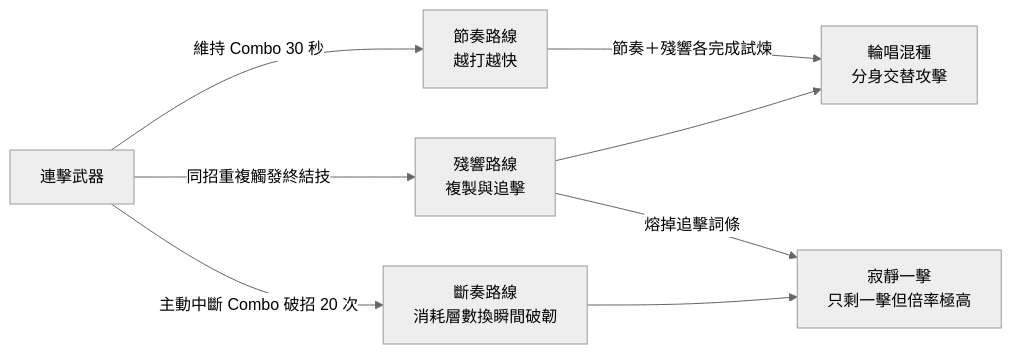
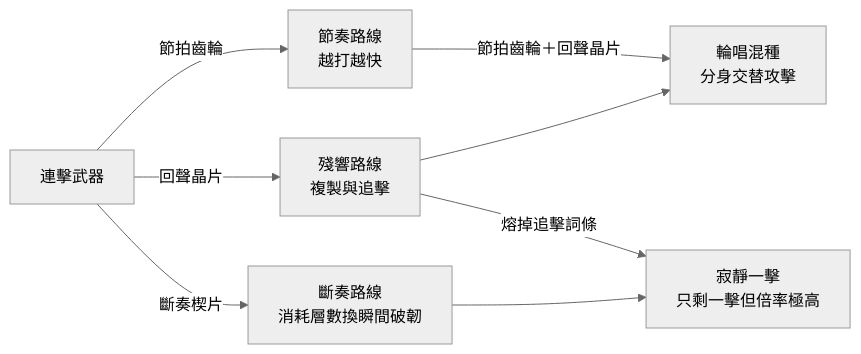
Before and after one commit to judadao/game_godot: the second of 11 diagrams in concept/story/game_story/05_戰鬥設計/裝備詞條與進化路線.md, drawn with Mermaid (neutral theme). The commit also changed other lines of this file and 72 other files, not shown here.

````diff
--- a/concept/story/game_story/05_戰鬥設計/裝備詞條與進化路線.md
+++ b/concept/story/game_story/05_戰鬥設計/裝備詞條與進化路線.md
@@ -159,10 +163,10 @@
 ```mermaid
 flowchart LR
-    A[連擊武器] -->|維持 Combo 30 秒| B[節奏路線<br/>越打越快]
-    A -->|同招重複觸發終結技| C[殘響路線<br/>複製與追擊]
-    A -->|主動中斷 Combo 破招 20 次| D[斷奏路線<br/>消耗層數換瞬間破韌]
-    B -->|節奏＋殘響各完成試煉| E[輪唱混種<br/>分身交替攻擊]
+    A[連擊武器] -->|節拍齒輪| B[節奏路線<br/>越打越快]
+    A -->|回聲晶片| C[殘響路線<br/>複製與追擊]
+    A -->|斷奏楔片| D[斷奏路線<br/>消耗層數換瞬間破韌]
+    B -->|節拍齒輪＋回聲晶片| E[輪唱混種<br/>分身交替攻擊]
     C --> E
     C -->|熔掉追擊詞條| F[寂靜一擊<br/>只剩一擊但倍率極高]
     D --> F
 ```
````
